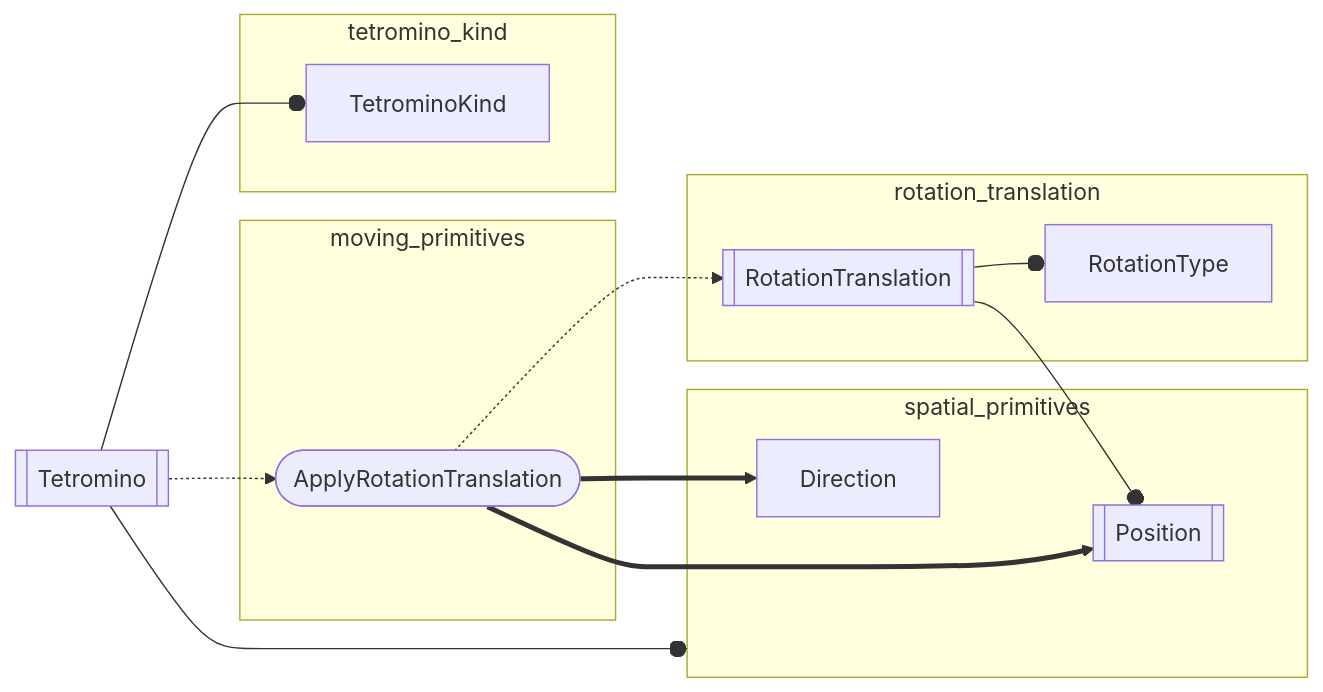
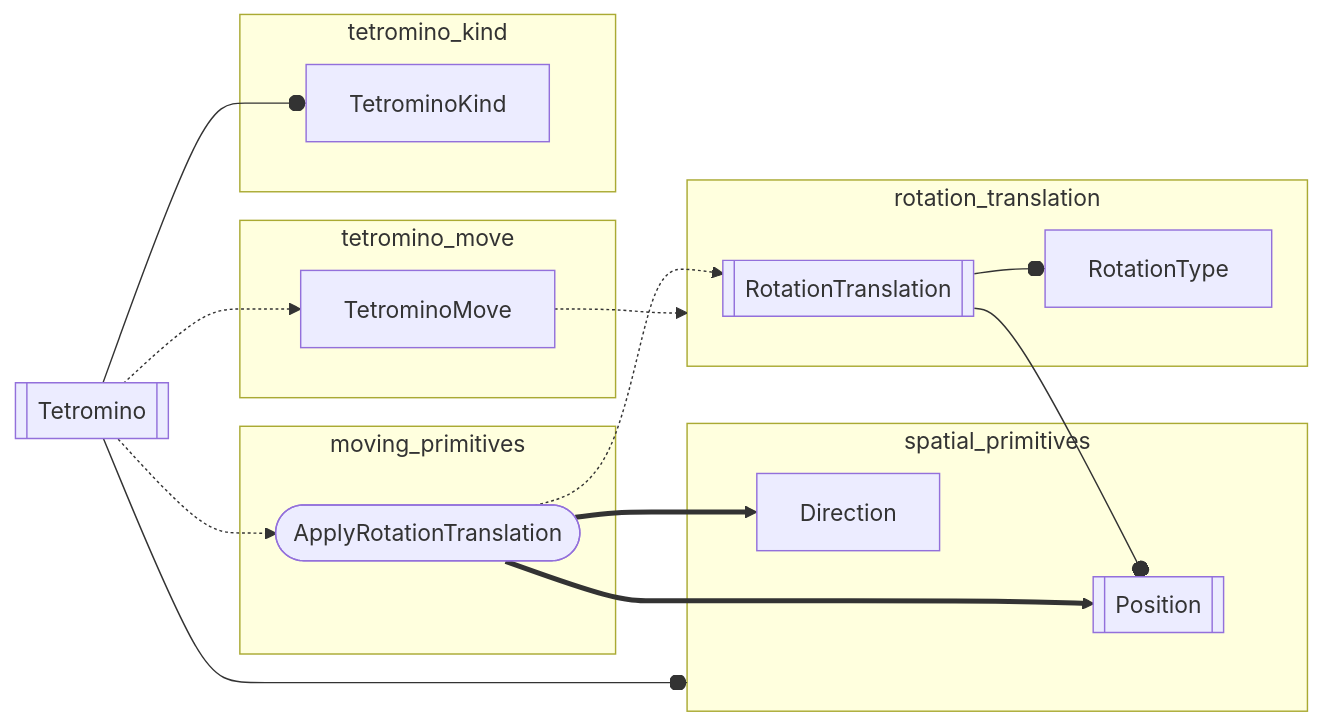
The diagram in tetris_core/src/tetromino/tetromino.mmd (inesvar/tetris), drawn with Mermaid before and after one commit. The commit also changed 5 other files, not shown here.

Commit message:
Move module tetromino_move from tetris_core to tetromino

```diff
--- a/tetris_core/src/tetromino/tetromino.mmd
+++ b/tetris_core/src/tetromino/tetromino.mmd
@@ -1,36 +1,44 @@
 graph LR
     %% objects
     Position[[Position]]
     Direction[Direction]
     RotationTranslation[[RotationTranslation]]
     RotationType[RotationType]
     ApplyRotationTranslation([ApplyRotationTranslation])
     Tetromino[[Tetromino]]
     TetrominoKind[TetrominoKind]
+    TetrominoMove[TetrominoMove]
 
     subgraph spatial_primitives
         Direction ~~~ Position
     end
 
     subgraph rotation_translation
         RotationTranslation --o RotationType
     end
 
     RotationTranslation --o Position
 
     subgraph moving_primitives
         ApplyRotationTranslation
     end
 
     ApplyRotationTranslation ==> Position
     ApplyRotationTranslation ==> Direction
     ApplyRotationTranslation -.-> RotationTranslation
 
     Tetromino -.-> ApplyRotationTranslation
 
+    subgraph tetromino_move
+        TetrominoMove
+    end
+    Tetromino -.-> TetrominoMove
+    TetrominoMove -.-> rotation_translation
+    %% TetrominoMove -.-> spatial_primitives
+
     subgraph tetromino_kind
         TetrominoKind
     end
 
     Tetromino --o spatial_primitives
     Tetromino --o TetrominoKind
```
